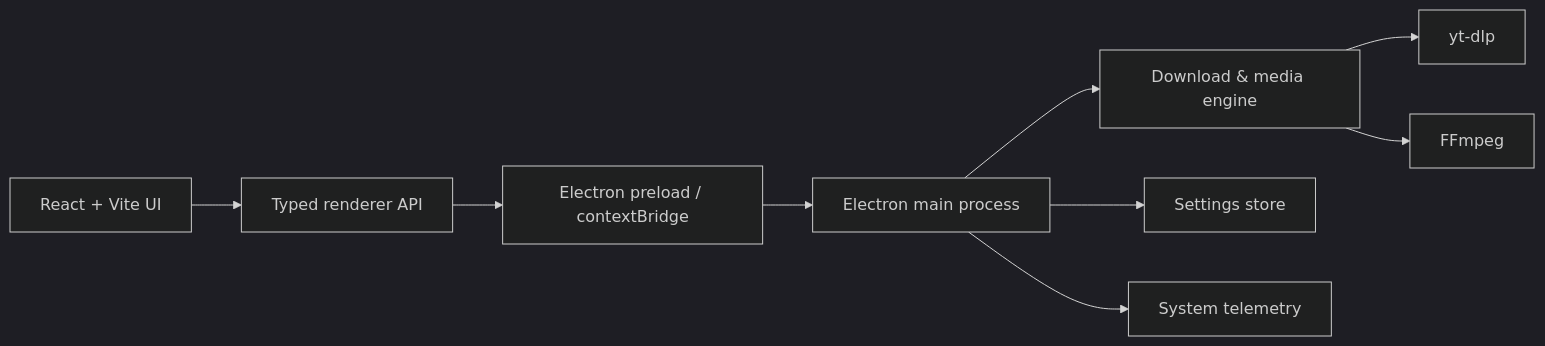
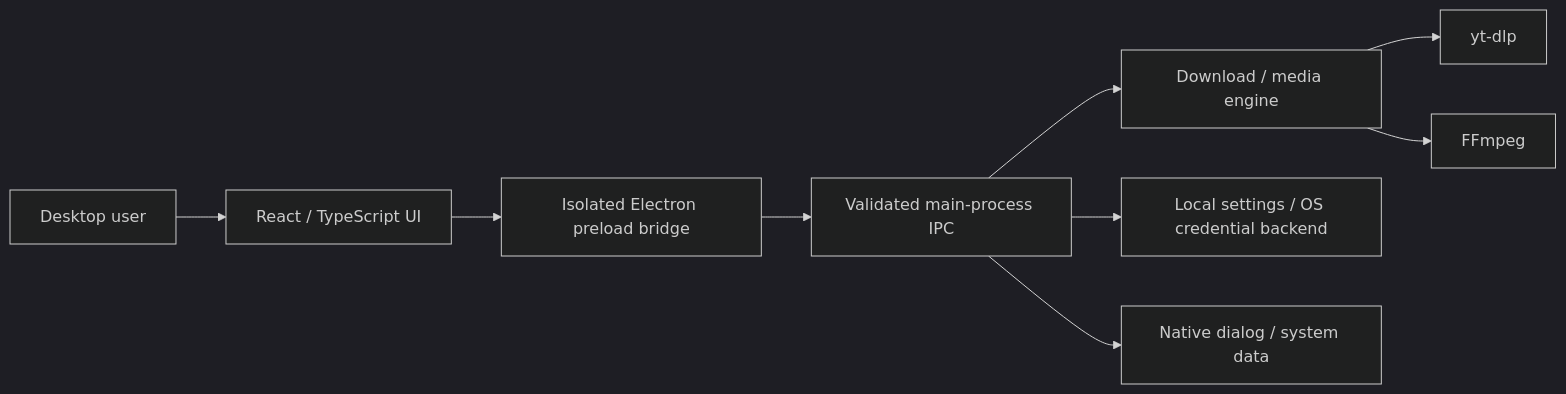
Before and after one commit to teldigi5-wq/anydl-pro-ultra: the diagram in README.md, drawn with Mermaid (dark theme). The commit also changed other lines of this file and 2 other files, not shown here.

First line of the commit message:
docs: recruiter-ready AnyDL README and accurate Electron security notes (#14)

````diff
--- a/README.md
+++ b/README.md
@@ -56,11 +36,11 @@
-```mermaid
+~~~mermaid
 flowchart LR
-    UI[React + Vite UI] --> API[Typed renderer API]
-    API --> Bridge[Electron preload / contextBridge]
-    Bridge --> Main[Electron main process]
-    Main --> Engine[Download & media engine]
-    Engine --> YTDLP[yt-dlp]
-    Engine --> FFMPEG[FFmpeg]
-    Main --> Store[Settings store]
-    Main --> System[System telemetry]
-```
+    User[Desktop user] --> UI[React / TypeScript UI]
+    UI --> Preload[Isolated Electron preload bridge]
+    Preload --> IPC[Validated main-process IPC]
+    IPC --> Engine[Download / media engine]
+    Engine --> YT[yt-dlp]
+    Engine --> FF[FFmpeg]
+    IPC --> Store[Local settings / OS credential backend]
+    IPC --> OS[Native dialog / system data]
+~~~
````
